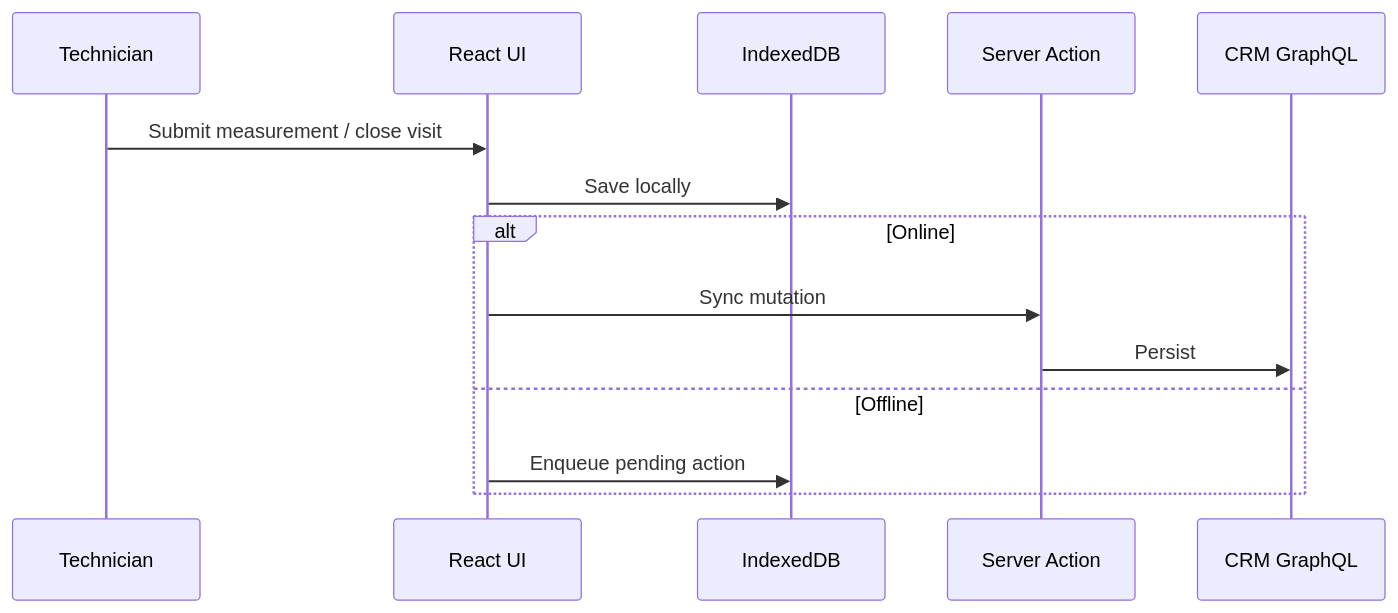
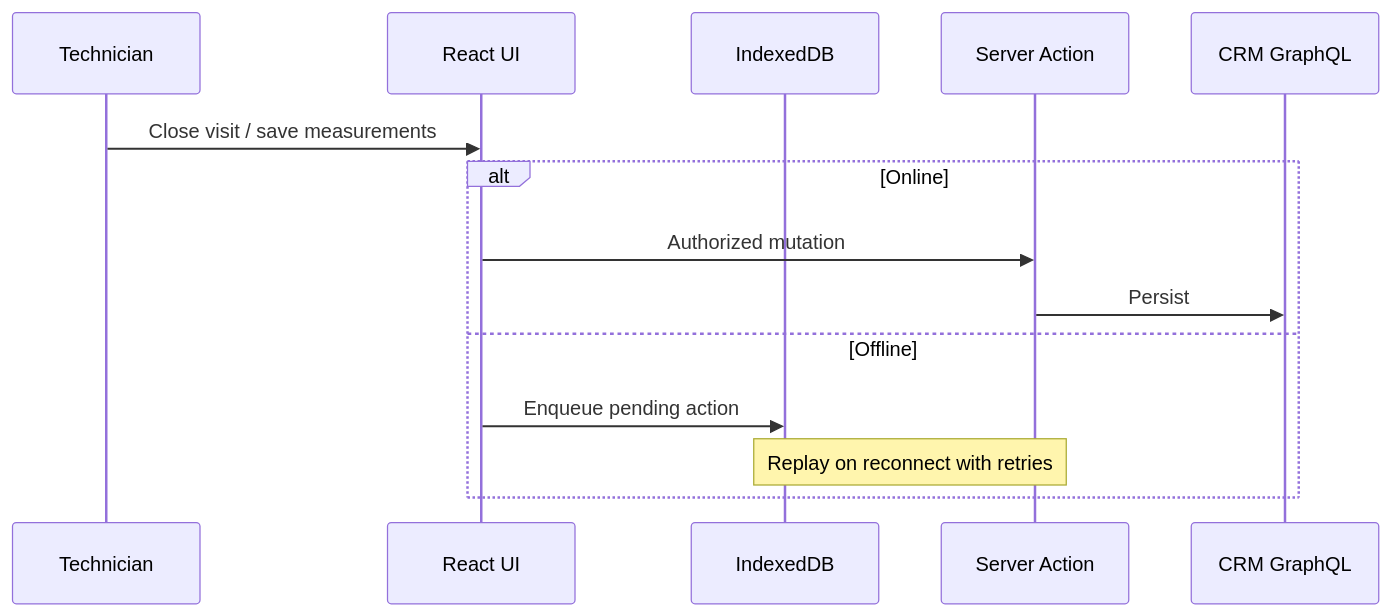
One commit to alyekseyenko/services-blinds changed the second of 2 diagrams in README.md. Above: the diagram before and after it, drawn with Mermaid. The commit also changed other lines of this file, not shown here.

First line of the commit message:
docs: rewrite README for portfolio and recruiter-facing architecture story.

````diff
--- a/README.md
+++ b/README.md
@@ -183,17 +117,17 @@
 ```mermaid
 sequenceDiagram
     participant Tech as Technician
     participant UI as React UI
     participant IDB as IndexedDB
-    participant API as Server Action
+    participant Action as Server Action
     participant CRM as CRM GraphQL
 
-    Tech->>UI: Submit measurement / close visit
-    UI->>IDB: Save locally
+    Tech->>UI: Close visit / save measurements
     alt Online
-        UI->>API: Sync mutation
-        API->>CRM: Persist
+        UI->>Action: Authorized mutation
+        Action->>CRM: Persist
     else Offline
         UI->>IDB: Enqueue pending action
+        Note over IDB,Action: Replay on reconnect with retries
     end
 ```
````
